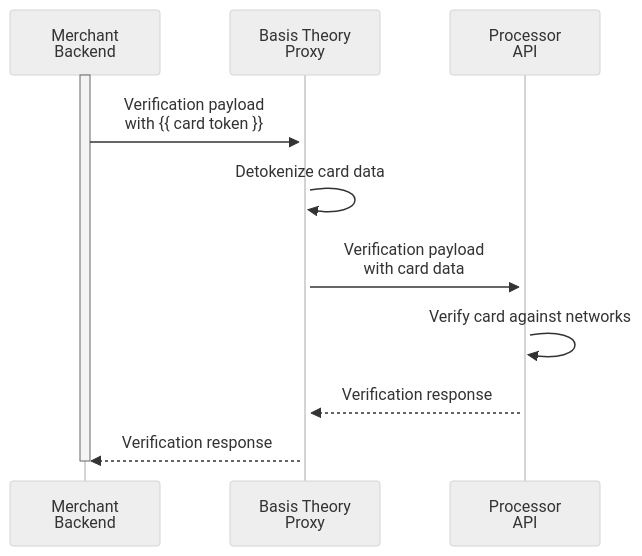
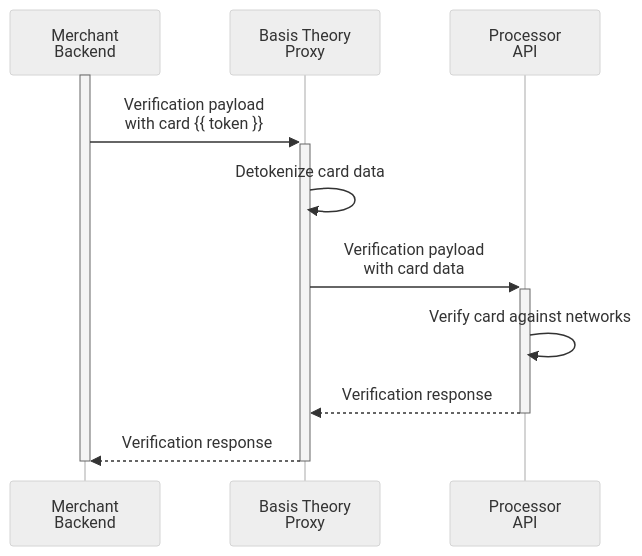
Before and after one commit to Basis-Theory/developers.basistheory.com: the diagram in docs/card-payments/verify-card.mdx, drawn with Mermaid (neutral theme). The commit also changed other lines of this file and 4 other files, not shown here.

````diff
--- a/docs/card-payments/verify-card.mdx
+++ b/docs/card-payments/verify-card.mdx
@@ -24,15 +22,15 @@
 ```mermaid
   sequenceDiagram
     participant backend as Merchant<br>Backend
     participant btp as Basis Theory<br>Proxy
     participant psp as Processor<br>API
 
     activate backend
-    backend ->>+ btp: Verification payload<br>with {{ card token }}
+    backend ->>+ btp: Verification payload<br>with card {{ token }}
     btp ->> btp: Detokenize card data
     btp ->>+ psp: Verification payload<br>with card data
     psp ->> psp: Verify card against networks
-    psp -->> btp: Verification response
-    btp -->> backend: Verification response
+    psp -->>- btp: Verification response
+    btp -->>- backend: Verification response
     deactivate backend
 ```
````
